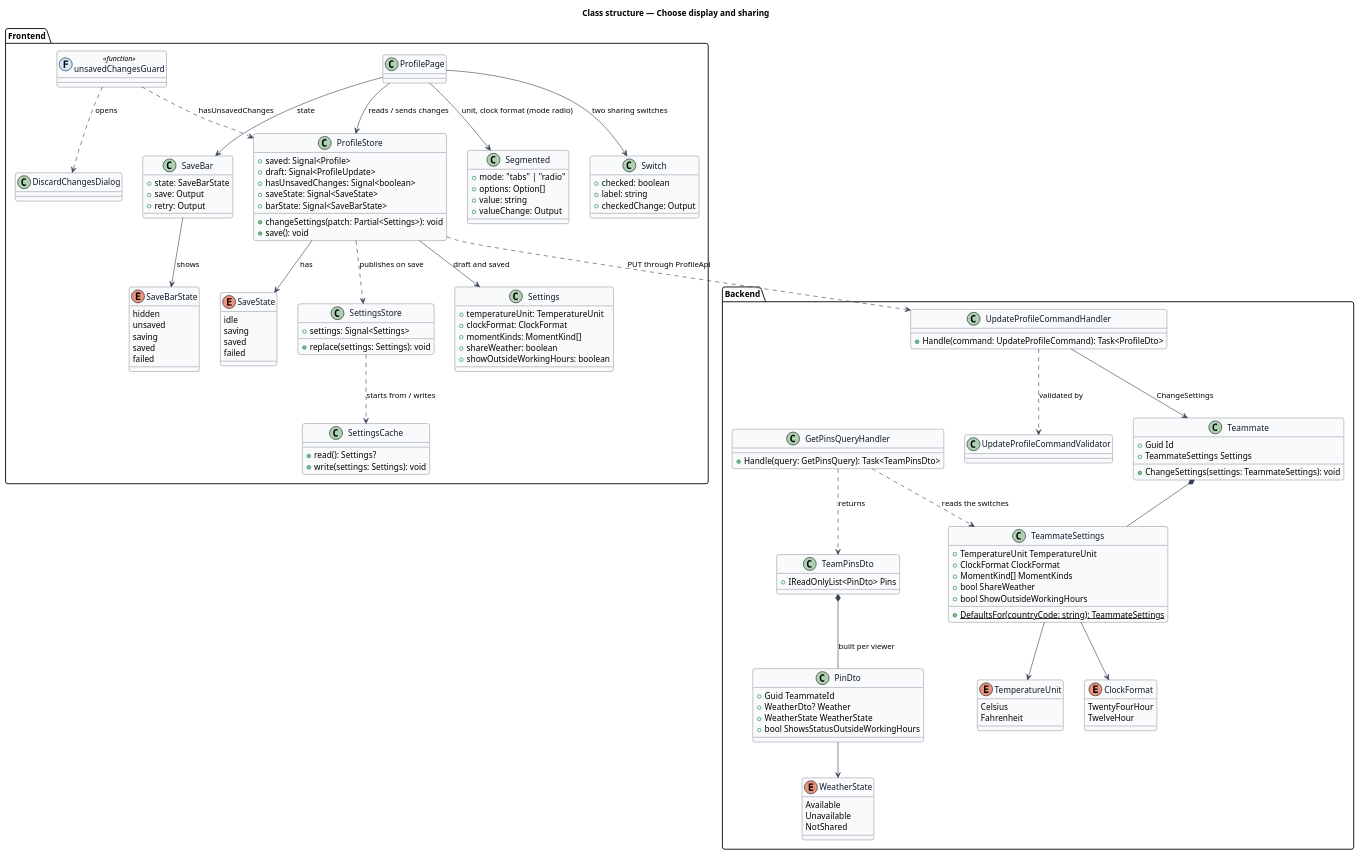
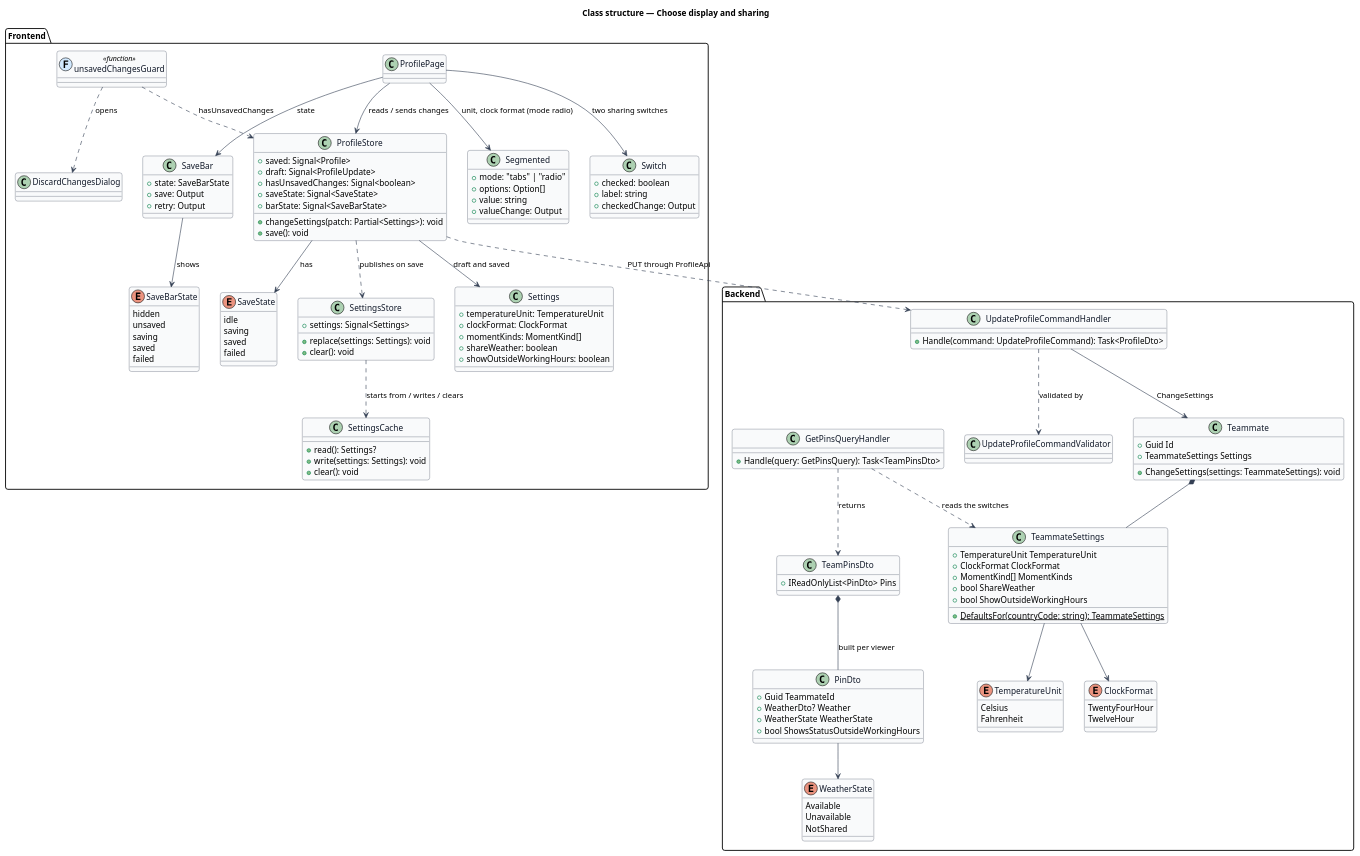
The diagram in docs/detailed-designs/profile/choose-display-and-sharing/diagrams/class-structure.puml (QuinntyneBrown/Mondino), drawn with PlantUML before and after one commit. The commit also changed 10 other files, not shown here.

```diff
--- a/docs/detailed-designs/profile/choose-display-and-sharing/diagrams/class-structure.puml
+++ b/docs/detailed-designs/profile/choose-display-and-sharing/diagrams/class-structure.puml
@@ -1,139 +1,141 @@
 @startuml
 skinparam backgroundColor #FFFFFF
 skinparam shadowing false
 skinparam roundcorner 8
 skinparam defaultFontName Arial
 skinparam ArrowColor #344054
 skinparam class {
   BorderColor #344054
   FontColor #101828
   BackgroundColor #F9FAFB
 }
 title Class structure — Choose display and sharing
 
 package "Frontend" {
   class ProfileStore {
     +saved: Signal<Profile>
     +draft: Signal<ProfileUpdate>
     +hasUnsavedChanges: Signal<boolean>
     +saveState: Signal<SaveState>
     +barState: Signal<SaveBarState>
     +changeSettings(patch: Partial<Settings>): void
     +save(): void
   }
   enum SaveState {
     idle
     saving
     saved
     failed
   }
   enum SaveBarState {
     hidden
     unsaved
     saving
     saved
     failed
   }
   class SaveBar {
     +state: SaveBarState
     +save: Output
     +retry: Output
   }
   class Segmented {
     +mode: "tabs" | "radio"
     +options: Option[]
     +value: string
     +valueChange: Output
   }
   class Switch {
     +checked: boolean
     +label: string
     +checkedChange: Output
   }
   class ProfilePage
   class DiscardChangesDialog
   class unsavedChangesGuard << (F,#D1E9FF) function >>
   class SettingsStore {
     +settings: Signal<Settings>
     +replace(settings: Settings): void
+    +clear(): void
   }
   class SettingsCache {
     +read(): Settings?
     +write(settings: Settings): void
+    +clear(): void
   }
   class Settings {
     +temperatureUnit: TemperatureUnit
     +clockFormat: ClockFormat
     +momentKinds: MomentKind[]
     +shareWeather: boolean
     +showOutsideWorkingHours: boolean
   }
 }
 
 package "Backend" {
   class UpdateProfileCommandHandler {
     +Handle(command: UpdateProfileCommand): Task<ProfileDto>
   }
   class UpdateProfileCommandValidator
   class GetPinsQueryHandler {
     +Handle(query: GetPinsQuery): Task<TeamPinsDto>
   }
   class Teammate {
     +Guid Id
     +TeammateSettings Settings
     +ChangeSettings(settings: TeammateSettings): void
   }
   class TeammateSettings {
     +TemperatureUnit TemperatureUnit
     +ClockFormat ClockFormat
     +MomentKind[] MomentKinds
     +bool ShareWeather
     +bool ShowOutsideWorkingHours
     +{static} DefaultsFor(countryCode: string): TeammateSettings
   }
   enum TemperatureUnit {
     Celsius
     Fahrenheit
   }
   enum ClockFormat {
     TwentyFourHour
     TwelveHour
   }
   class PinDto {
     +Guid TeammateId
     +WeatherDto? Weather
     +WeatherState WeatherState
     +bool ShowsStatusOutsideWorkingHours
   }
   enum WeatherState {
     Available
     Unavailable
     NotShared
   }
   class TeamPinsDto {
     +IReadOnlyList<PinDto> Pins
   }
 }
 
 ProfilePage --> ProfileStore : reads / sends changes
 ProfilePage --> SaveBar : state
 ProfilePage --> Segmented : unit, clock format (mode radio)
 ProfilePage --> Switch : two sharing switches
 ProfileStore --> SaveState : has
 SaveBar --> SaveBarState : shows
 ProfileStore --> Settings : draft and saved
 ProfileStore ..> SettingsStore : publishes on save
-SettingsStore ..> SettingsCache : starts from / writes
+SettingsStore ..> SettingsCache : starts from / writes / clears
 unsavedChangesGuard ..> ProfileStore : hasUnsavedChanges
 unsavedChangesGuard ..> DiscardChangesDialog : opens
 ProfileStore ..> UpdateProfileCommandHandler : PUT through ProfileApi
 UpdateProfileCommandHandler ..> UpdateProfileCommandValidator : validated by
 UpdateProfileCommandHandler --> Teammate : ChangeSettings
 Teammate *-- TeammateSettings
 TeammateSettings --> TemperatureUnit
 TeammateSettings --> ClockFormat
 GetPinsQueryHandler ..> TeammateSettings : reads the switches
 GetPinsQueryHandler ..> TeamPinsDto : returns
 TeamPinsDto *-- PinDto : built per viewer
 PinDto --> WeatherState
 @enduml
```
